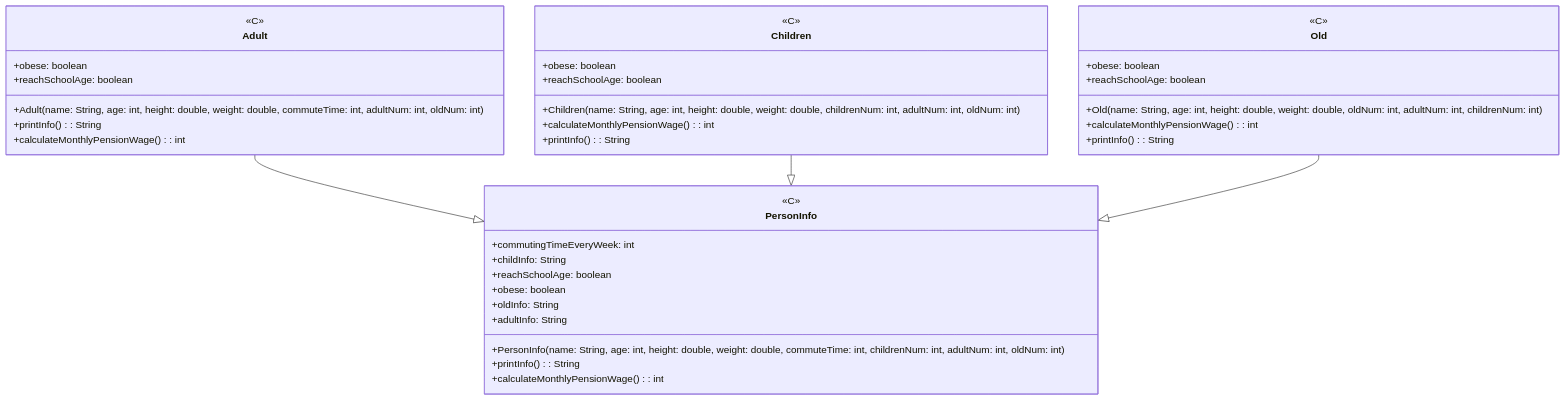
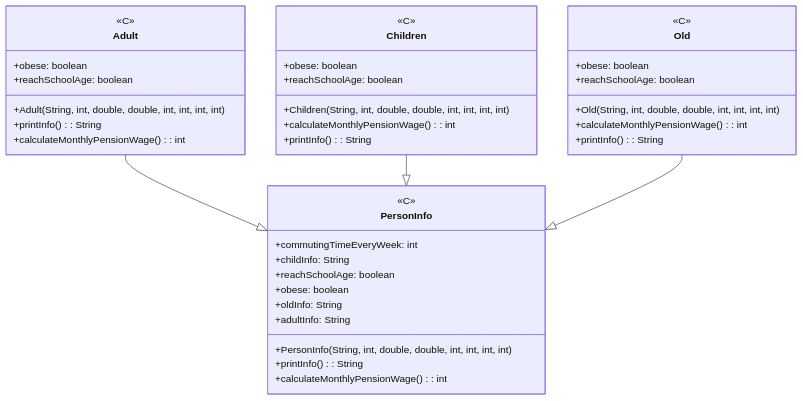
The diagram in content/posts/java/refactor/refused-bequest.md (uytrdcvbjhgf/guyuechen.github.io), drawn with Mermaid before and after one commit.

````diff
--- a/content/posts/java/refactor/refused-bequest.md
+++ b/content/posts/java/refactor/refused-bequest.md
@@ -29,44 +29,44 @@
 ```mermaid
 classDiagram
     class PersonInfo {
         <<C>>
         +commutingTimeEveryWeek: int
         +childInfo: String
         +reachSchoolAge: boolean
         +obese: boolean
         +oldInfo: String
         +adultInfo: String
-        +PersonInfo(name: String, age: int, height: double, weight: double, commuteTime: int, childrenNum: int, adultNum: int, oldNum: int)
+        +PersonInfo(String, int, double, double, int, int, int, int)
         +printInfo(): String
         +calculateMonthlyPensionWage(): int
     }
     class Adult {
         <<C>>
         +obese: boolean
         +reachSchoolAge: boolean
-        +Adult(name: String, age: int, height: double, weight: double, commuteTime: int, adultNum: int, oldNum: int)
+        +Adult(String, int, double, double, int, int, int, int)
         +printInfo(): String
         +calculateMonthlyPensionWage(): int
     }
     class Children {
         <<C>>
         +obese: boolean
         +reachSchoolAge: boolean
-        +Children(name: String, age: int, height: double, weight: double, childrenNum: int, adultNum: int, oldNum: int)
+        +Children(String, int, double, double, int, int, int, int)
         +calculateMonthlyPensionWage(): int
         +printInfo(): String
     }
     class Old {
         <<C>>
         +obese: boolean
         +reachSchoolAge: boolean
-        +Old(name: String, age: int, height: double, weight: double, oldNum: int, adultNum: int, childrenNum: int)
+        +Old(String, int, double, double, int, int, int, int)
         +calculateMonthlyPensionWage(): int
         +printInfo(): String
     }
 
     Adult --|> PersonInfo
     Children --|> PersonInfo
     Old --|> PersonInfo
 
 ```
````
